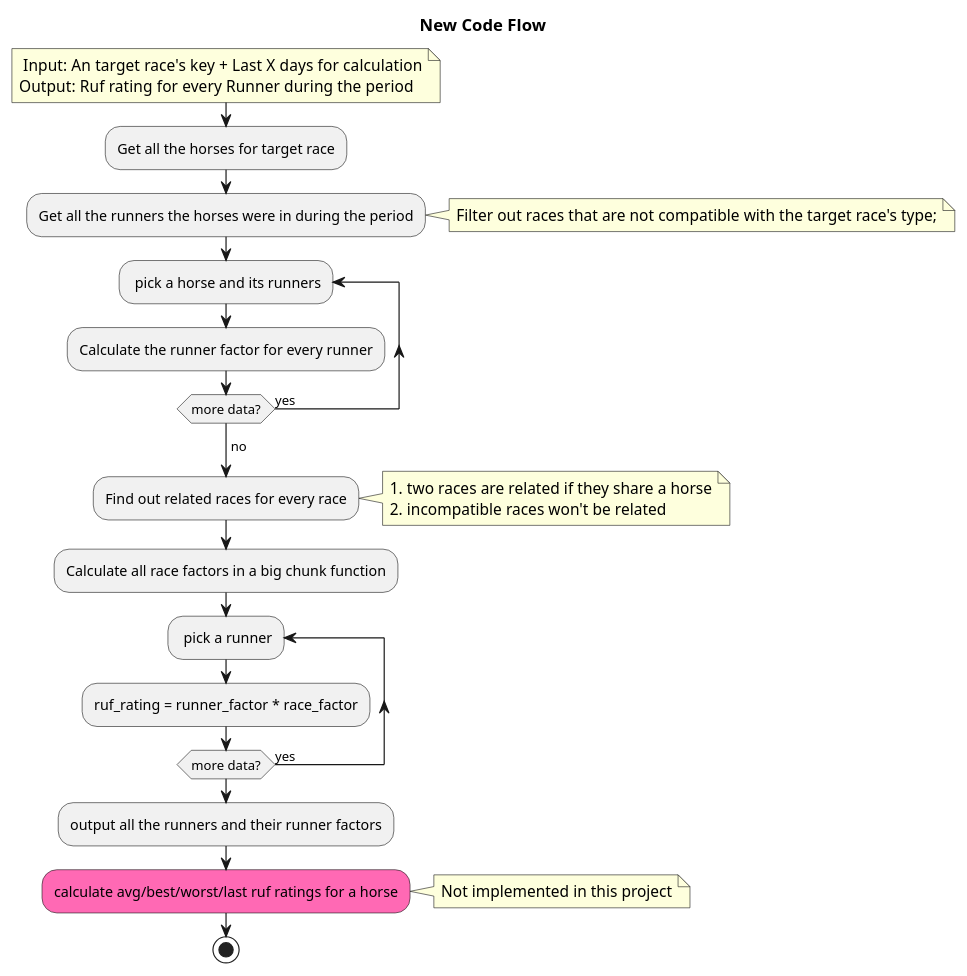
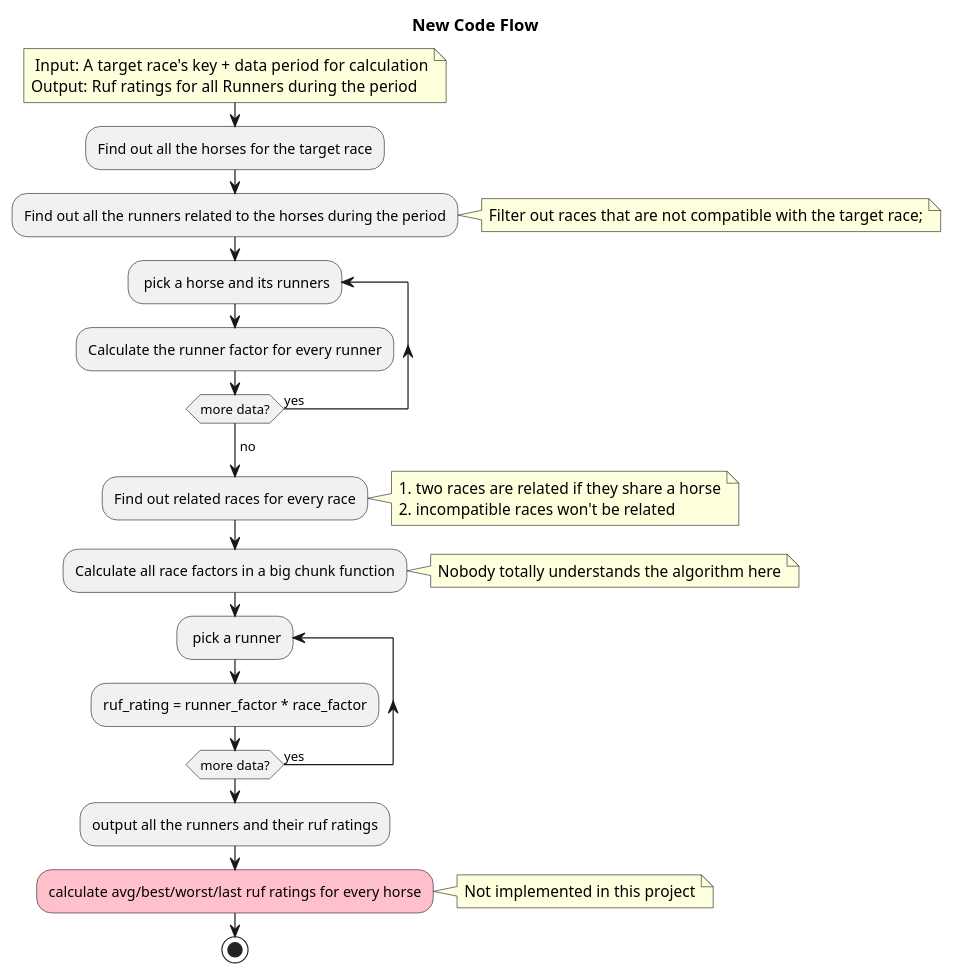
The diagram in doc/new-code-flow/00.new-flow.puml (Ramadamadam/fl-track-mate-rating-algorithm), drawn with PlantUML before and after one commit. The commit also changed 1 other file, not shown here.

```diff
--- a/doc/new-code-flow/00.new-flow.puml
+++ b/doc/new-code-flow/00.new-flow.puml
@@ -1,38 +1,41 @@
 @startuml
 
 
 title New Code Flow
 note
- Input:  An target race's key + Last X days for calculation
-Output:  Ruf rating for every Runner during the period
+ Input:  A target race's key + data period for calculation
+Output:  Ruf ratings for all Runners during the period
 end note
 
-:Get all the horses for target race;
-:Get all the runners the horses were in during the period;
+:Find out all the horses for the target race;
+:Find out all the runners related to the horses during the period;
 note right
-Filter out races that are not compatible with the target race's type;
+Filter out races that are not compatible with the target race;
 end note
 repeat: pick a horse and its runners
 :Calculate the runner factor for every runner;
 repeat while (more data?) is (yes)
 ->no;
 :Find out related races for every race;
 note right
 1. two races are related if they share a horse
 2. incompatible races won't be related
 end note
 :Calculate all race factors in a big chunk function;
+note right
+Nobody totally understands the algorithm here
+end note
 repeat: pick a runner
 :ruf_rating = runner_factor * race_factor;
 repeat while (more data?) is (yes)
 
-:output all the runners and their runner factors;
+:output all the runners and their ruf ratings;
 
-#HotPink:calculate avg/best/worst/last ruf ratings for a horse;
+#Pink:calculate avg/best/worst/last ruf ratings for every horse;
 note right
 Not implemented in this project
 end note
 
 stop
 
 @enduml
```
